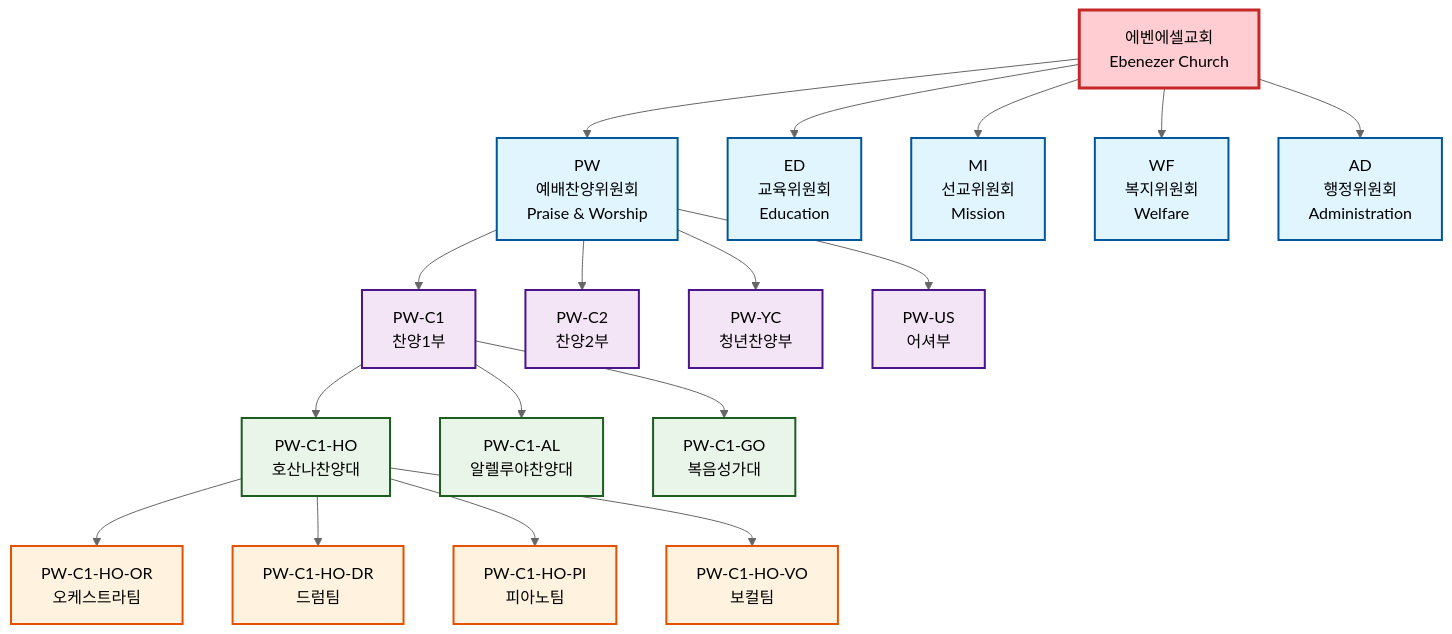
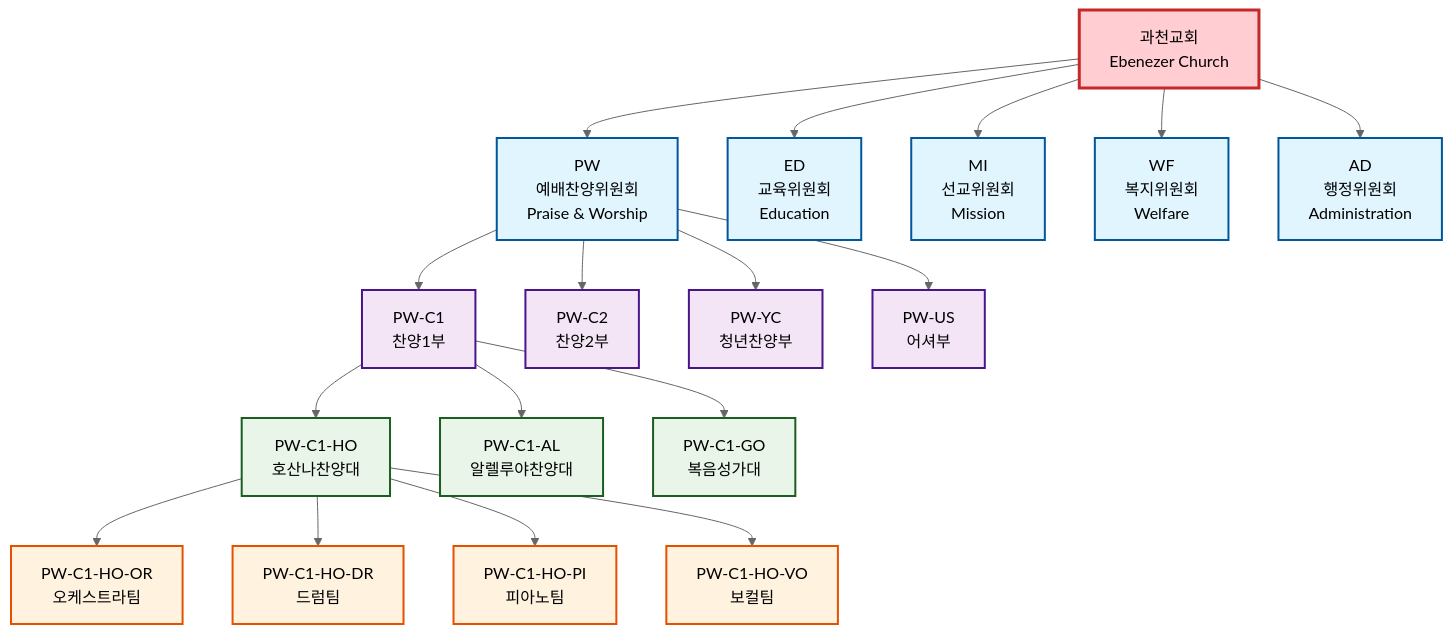
One commit to MoonjaeChoi/ebez-bread changed the first of 5 diagrams in docs/organization-diagram.md. Above: the diagram before and after it, drawn with Mermaid (neutral theme). The commit also changed other lines of this file and 15 other files, not shown here.

````diff
--- a/docs/organization-diagram.md
+++ b/docs/organization-diagram.md
@@ -5,60 +5,60 @@
 ```mermaid
 graph TB
-    Church[에벤에셀교회<br/>Ebenezer Church]
+    Church[과천교회<br/>Ebenezer Church]
     
     %% 1단계: 위원회
     PW[PW<br/>예배찬양위원회<br/>Praise & Worship]
     ED[ED<br/>교육위원회<br/>Education]
     MI[MI<br/>선교위원회<br/>Mission]
     WF[WF<br/>복지위원회<br/>Welfare]
     AD[AD<br/>행정위원회<br/>Administration]
     
     Church --> PW
     Church --> ED
     Church --> MI
     Church --> WF
     Church --> AD
     
     %% 2단계: 부서 (예배찬양위원회)
     PW_C1[PW-C1<br/>찬양1부]
     PW_C2[PW-C2<br/>찬양2부]
     PW_YC[PW-YC<br/>청년찬양부]
     PW_US[PW-US<br/>어셔부]
     
     PW --> PW_C1
     PW --> PW_C2
     PW --> PW_YC
     PW --> PW_US
     
     %% 3단계: 팀 (찬양1부)
     PW_C1_HO[PW-C1-HO<br/>호산나찬양대]
     PW_C1_AL[PW-C1-AL<br/>알렐루야찬양대]
     PW_C1_GO[PW-C1-GO<br/>복음성가대]
     
     PW_C1 --> PW_C1_HO
     PW_C1 --> PW_C1_AL
     PW_C1 --> PW_C1_GO
     
     %% 4단계: 세부조직 (호산나찬양대)
     PW_C1_HO_OR[PW-C1-HO-OR<br/>오케스트라팀]
     PW_C1_HO_DR[PW-C1-HO-DR<br/>드럼팀]
     PW_C1_HO_PI[PW-C1-HO-PI<br/>피아노팀]
     PW_C1_HO_VO[PW-C1-HO-VO<br/>보컬팀]
     
     PW_C1_HO --> PW_C1_HO_OR
     PW_C1_HO --> PW_C1_HO_DR
     PW_C1_HO --> PW_C1_HO_PI
     PW_C1_HO --> PW_C1_HO_VO
     
     classDef level1 fill:#e1f5fe,stroke:#01579b,stroke-width:2px
     classDef level2 fill:#f3e5f5,stroke:#4a148c,stroke-width:2px
     classDef level3 fill:#e8f5e8,stroke:#1b5e20,stroke-width:2px
     classDef level4 fill:#fff3e0,stroke:#e65100,stroke-width:2px
     classDef church fill:#ffcdd2,stroke:#c62828,stroke-width:3px
     
     class Church church
     class PW,ED,MI,WF,AD level1
     class PW_C1,PW_C2,PW_YC,PW_US level2
     class PW_C1_HO,PW_C1_AL,PW_C1_GO level3
     class PW_C1_HO_OR,PW_C1_HO_DR,PW_C1_HO_PI,PW_C1_HO_VO level4
 ```
````
